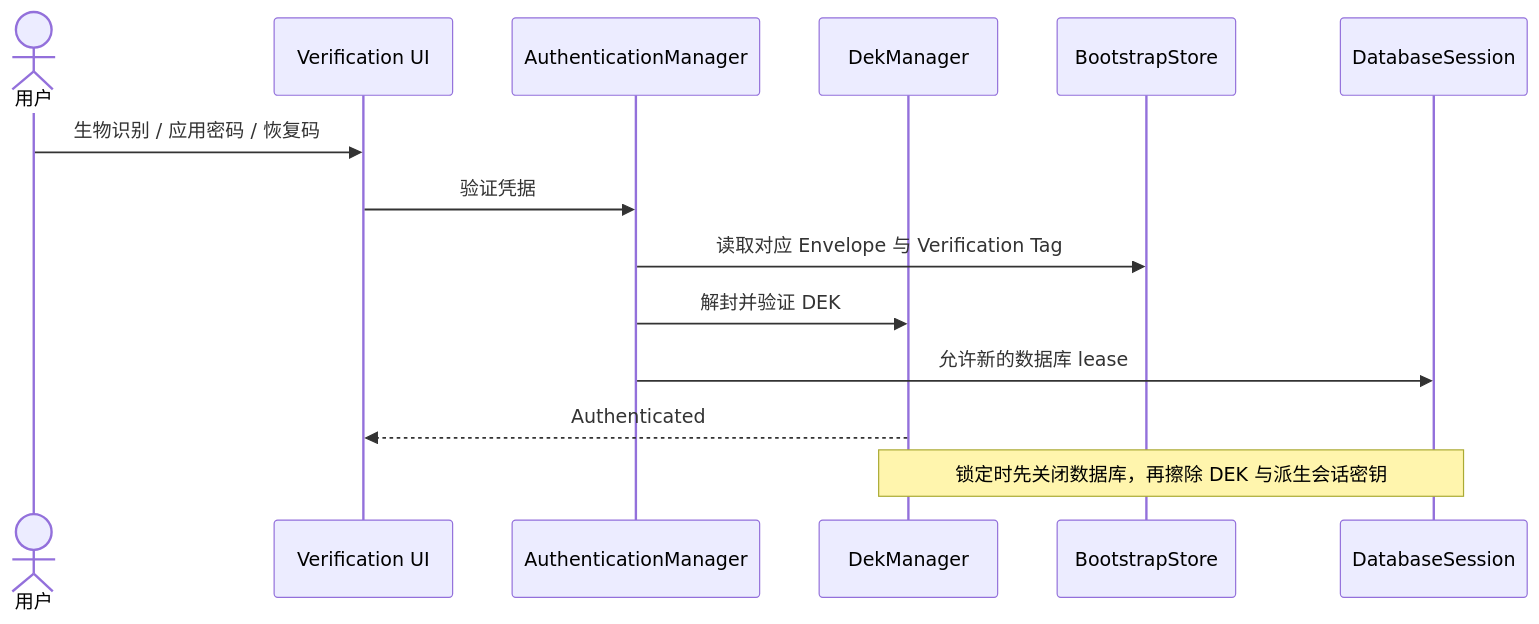
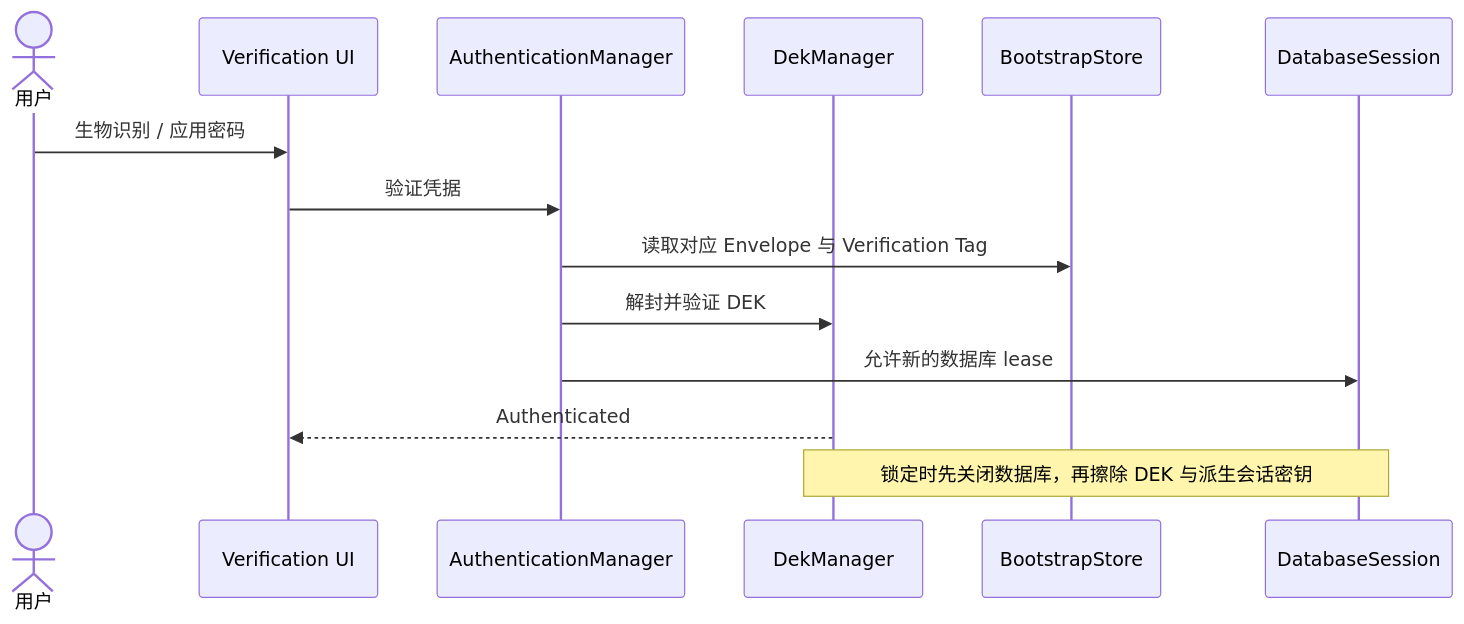
Before and after one commit to aozijx/Passly: the first of 2 diagrams in docs/architecture/runtime-flows.md, drawn with Mermaid. The commit also changed other lines of this file and 35 other files, not shown here.

````diff
--- a/docs/architecture/runtime-flows.md
+++ b/docs/architecture/runtime-flows.md
@@ -5,16 +5,16 @@
 ```mermaid
 sequenceDiagram
     actor User as 用户
     participant UI as Verification UI
     participant Auth as AuthenticationManager
     participant DEK as DekManager
     participant Boot as BootstrapStore
     participant DB as DatabaseSession
-    User->>UI: 生物识别 / 应用密码 / 恢复码
+    User->>UI: 生物识别 / 应用密码
     UI->>Auth: 验证凭据
     Auth->>Boot: 读取对应 Envelope 与 Verification Tag
     Auth->>DEK: 解封并验证 DEK
     Auth->>DB: 允许新的数据库 lease
     DEK-->>UI: Authenticated
     Note over DEK,DB: 锁定时先关闭数据库，再擦除 DEK 与派生会话密钥
 ```
````
